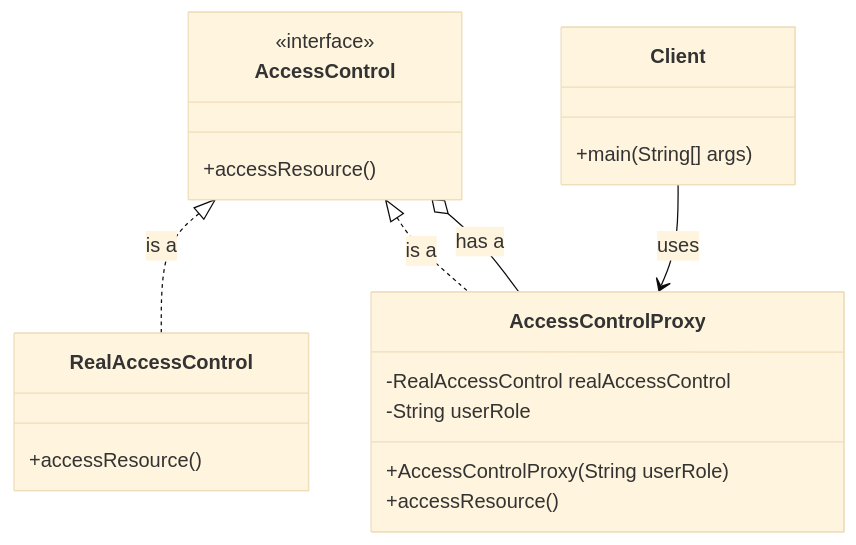
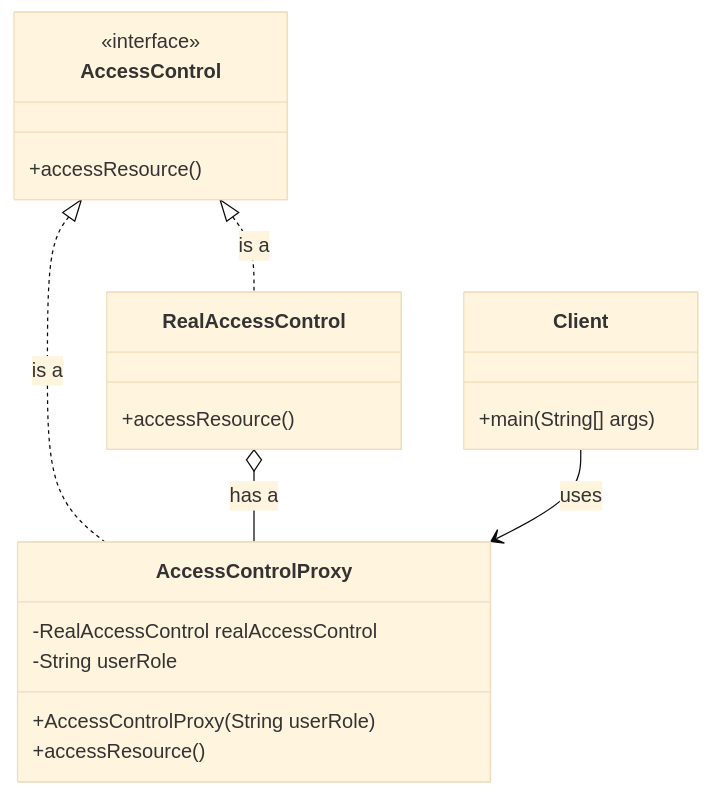
Before and after one commit to sachinyadav111140/designPattern: the diagram in structural/Proxy/Proxy.md, drawn with Mermaid (base theme).

Commit message:
proxy dp

````diff
--- a/structural/Proxy/Proxy.md
+++ b/structural/Proxy/Proxy.md
@@ -94,27 +94,27 @@
 ```mermaid
 classDiagram
     class AccessControl {
         <<interface>>
         +accessResource()
     }
 
     class RealAccessControl {
         +accessResource()
     }
 
     class AccessControlProxy {
         -RealAccessControl realAccessControl
         -String userRole
         +AccessControlProxy(String userRole)
         +accessResource()
     }
 
     class Client {
         +main(String[] args)
     }
 
     AccessControl <|.. RealAccessControl : is a
     AccessControl <|.. AccessControlProxy : is a
-    AccessControl o-- AccessControlProxy : has a
+    RealAccessControl o-- AccessControlProxy : has a
     Client --> AccessControlProxy : uses
 ```
````
